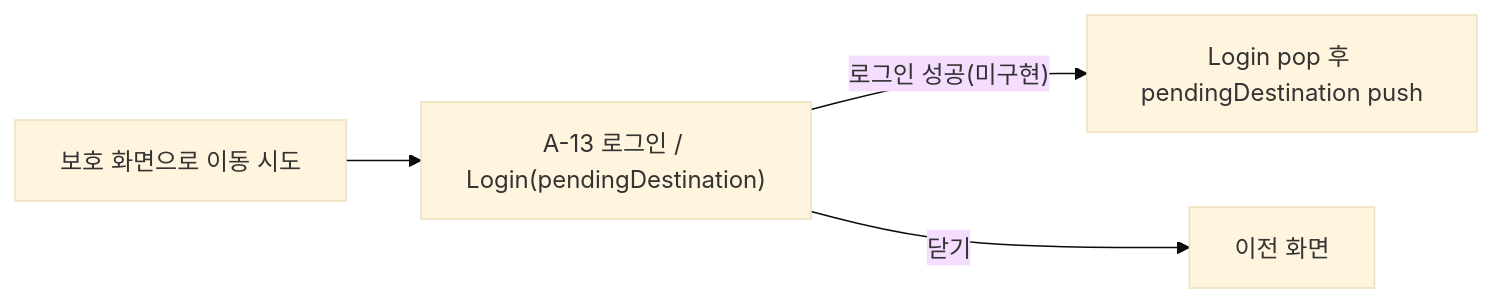
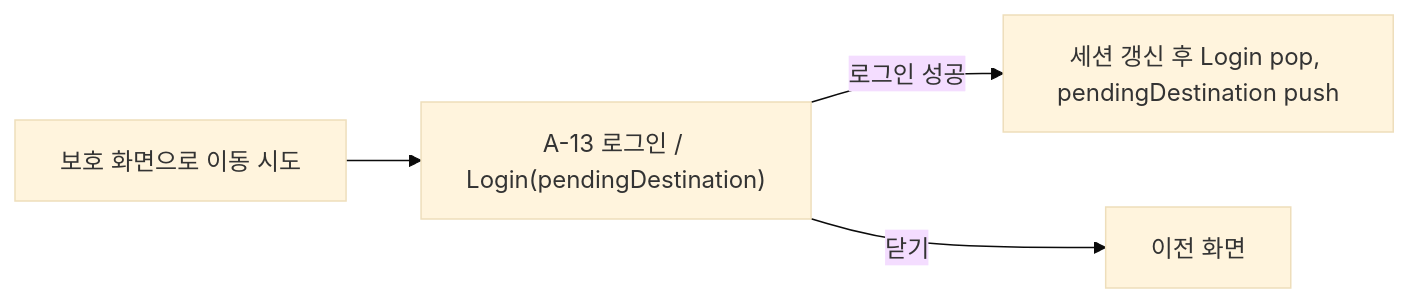
One commit to team-nativeLab/Eum-ShoppingMall-Android changed the fifth of 8 diagrams in docs/APP_FLOW.md. Above: the diagram before and after it, drawn with Mermaid (base theme). The commit also changed other lines of this file and 22 other files, not shown here.

````diff
--- a/docs/APP_FLOW.md
+++ b/docs/APP_FLOW.md
@@ -91,6 +99,6 @@
 ```mermaid
 flowchart LR
     P["보호 화면으로 이동 시도"] --> L["A-13 로그인 / Login(pendingDestination)"]
-    L -- 로그인 성공(미구현) --> X["Login pop 후 pendingDestination push"]
+    L -- 로그인 성공 --> X["세션 갱신 후 Login pop, pendingDestination push"]
     L -- 닫기 --> B["이전 화면"]
 ```
````
